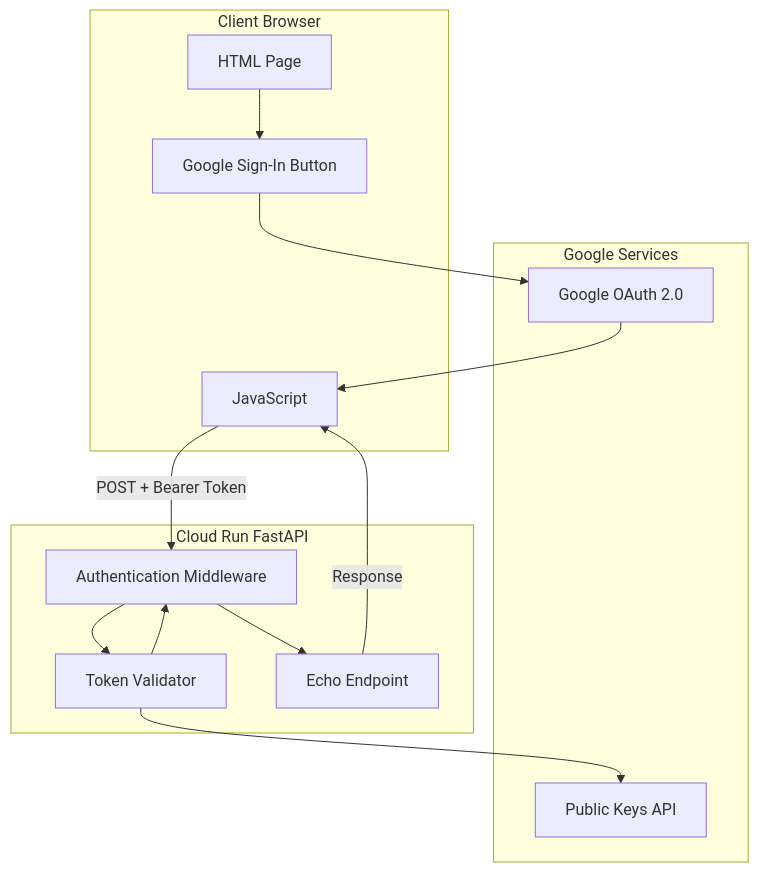
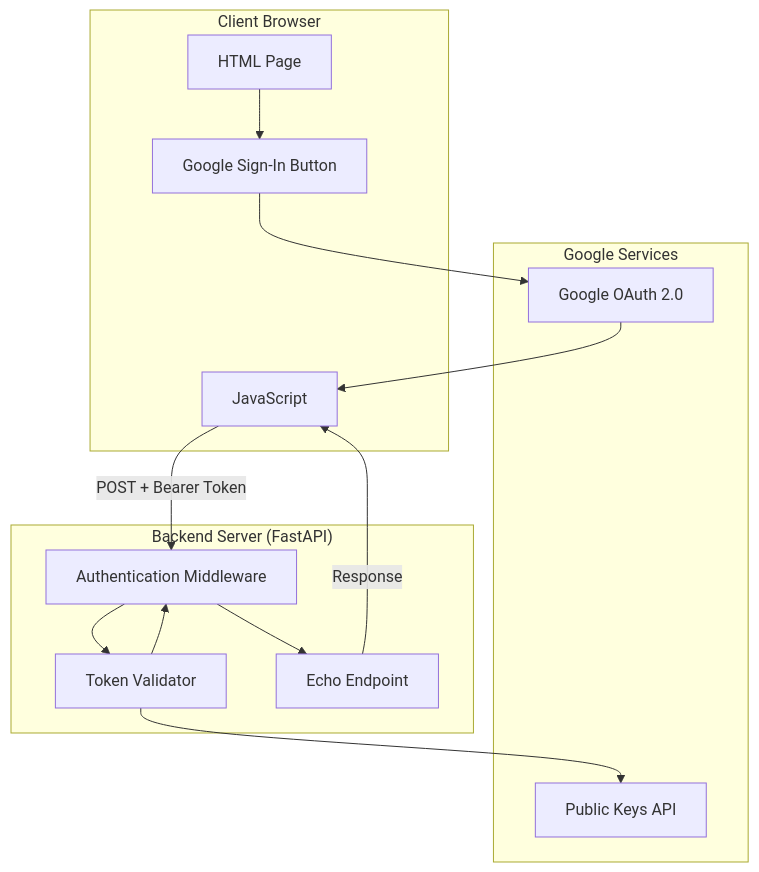
Before and after one commit to GoogleCloudPlatform/specialized-training-content: the second of 4 diagrams in courses/build_production_ready_agents/ch5_demos/auth/fastapi_app_auth/README.md, drawn with Mermaid. The commit also changed other lines of this file and 6 other files, not shown here.

````diff
--- a/courses/build_production_ready_agents/ch5_demos/auth/fastapi_app_auth/README.md
+++ b/courses/build_production_ready_agents/ch5_demos/auth/fastapi_app_auth/README.md
@@ -183,29 +255,29 @@
 ```mermaid
 graph TB
     subgraph "Client Browser"
         HTML[HTML Page]
         JS[JavaScript]
         GSI[Google Sign-In Button]
     end
     
     subgraph "Google Services"
         OAuth[Google OAuth 2.0]
         Keys[Public Keys API]
     end
     
-    subgraph "Cloud Run FastAPI"
+    subgraph "Backend Server (FastAPI)"
         MW[Authentication Middleware]
         VAL[Token Validator]
         ROUTE[Echo Endpoint]
     end
     
     HTML --> GSI
     GSI --> OAuth
     OAuth --> JS
     JS -->|POST + Bearer Token| MW
     MW --> VAL
     VAL --> Keys
     VAL --> MW
     MW --> ROUTE
     ROUTE -->|Response| JS
 ```
````
